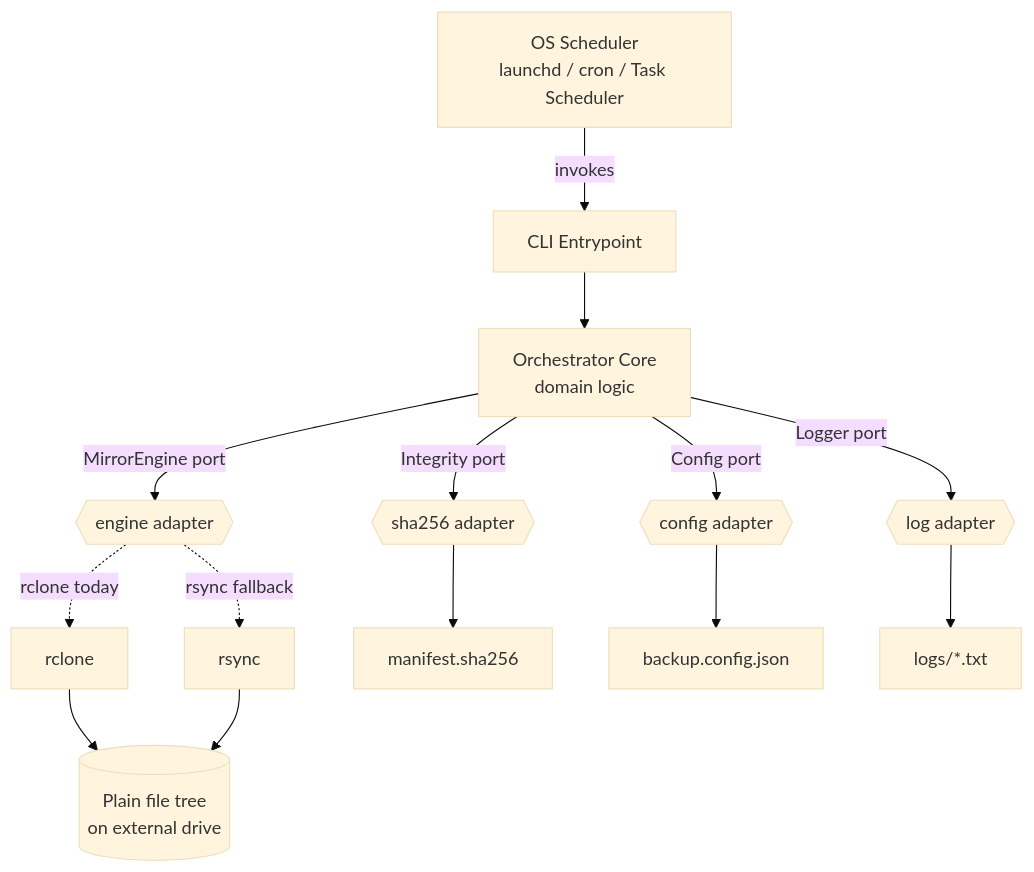
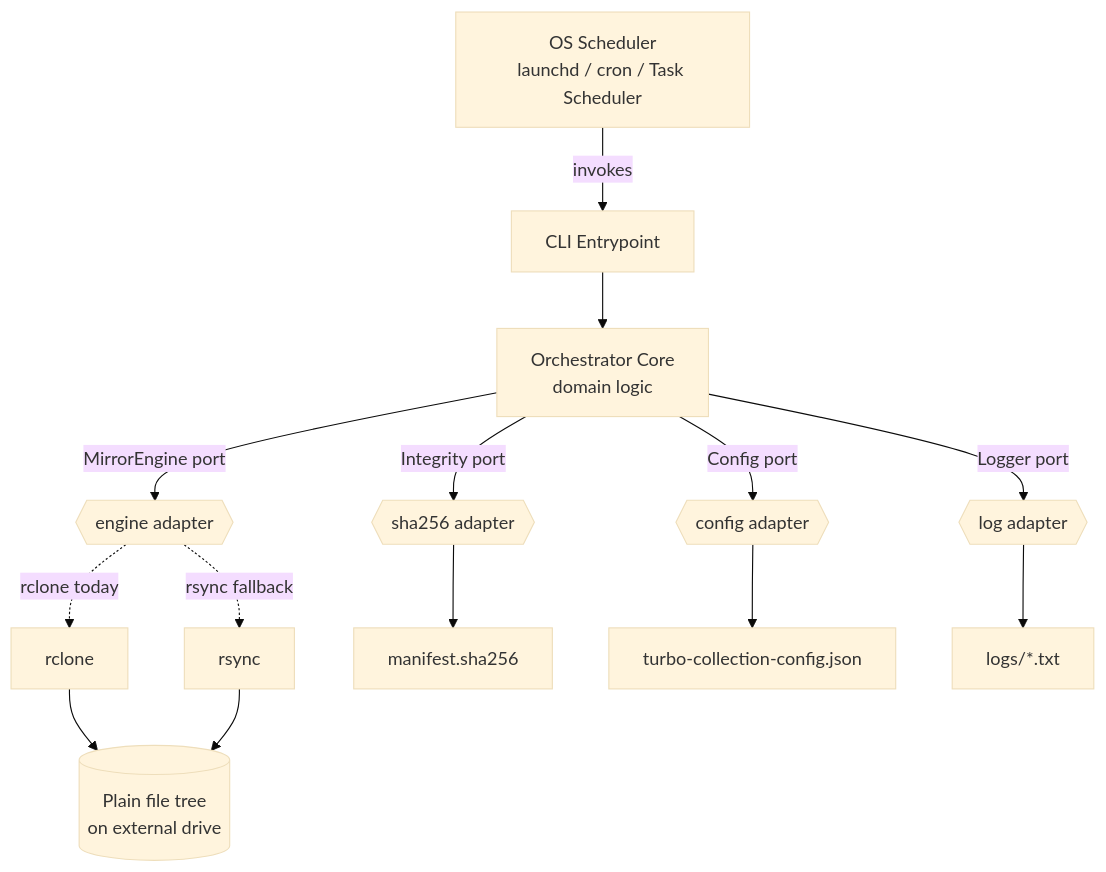
The first of 2 diagrams in docs/design-record.md (NikoAri/turbo-collection), drawn with Mermaid (base theme) before and after one commit. The commit also changed other lines of this file and 82 other files, not shown here.

First line of the commit message:
Add Turbo-Collection samples for main and off-site archives

````diff
--- a/docs/design-record.md
+++ b/docs/design-record.md
@@ -248,19 +247,19 @@
 ```mermaid
 graph TD
     SCHED[OS Scheduler<br/>launchd / cron / Task Scheduler] -->|invokes| CLI[CLI Entrypoint]
     CLI --> CORE[Orchestrator Core<br/>domain logic]
 
     CORE -->|MirrorEngine port| E{{engine adapter}}
     CORE -->|Integrity port| I{{sha256 adapter}}
     CORE -->|Config port| C{{config adapter}}
     CORE -->|Logger port| L{{log adapter}}
 
     E -.rclone today.-> RC[rclone]
     E -.rsync fallback.-> RS[rsync]
     I --> MAN[manifest.sha256]
-    C --> CFG[backup.config.json]
+    C --> CFG[turbo-collection-config.json]
     L --> LOG[logs/*.txt]
 
     RC --> DATA[(Plain file tree<br/>on external drive)]
     RS --> DATA
 ```
````
